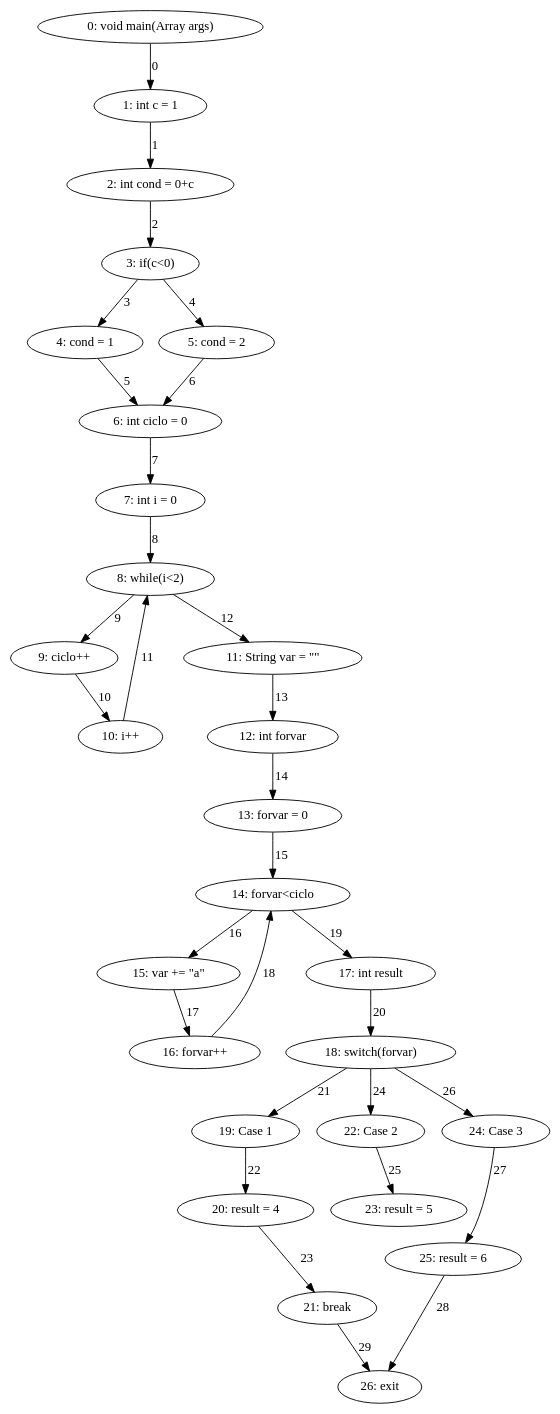
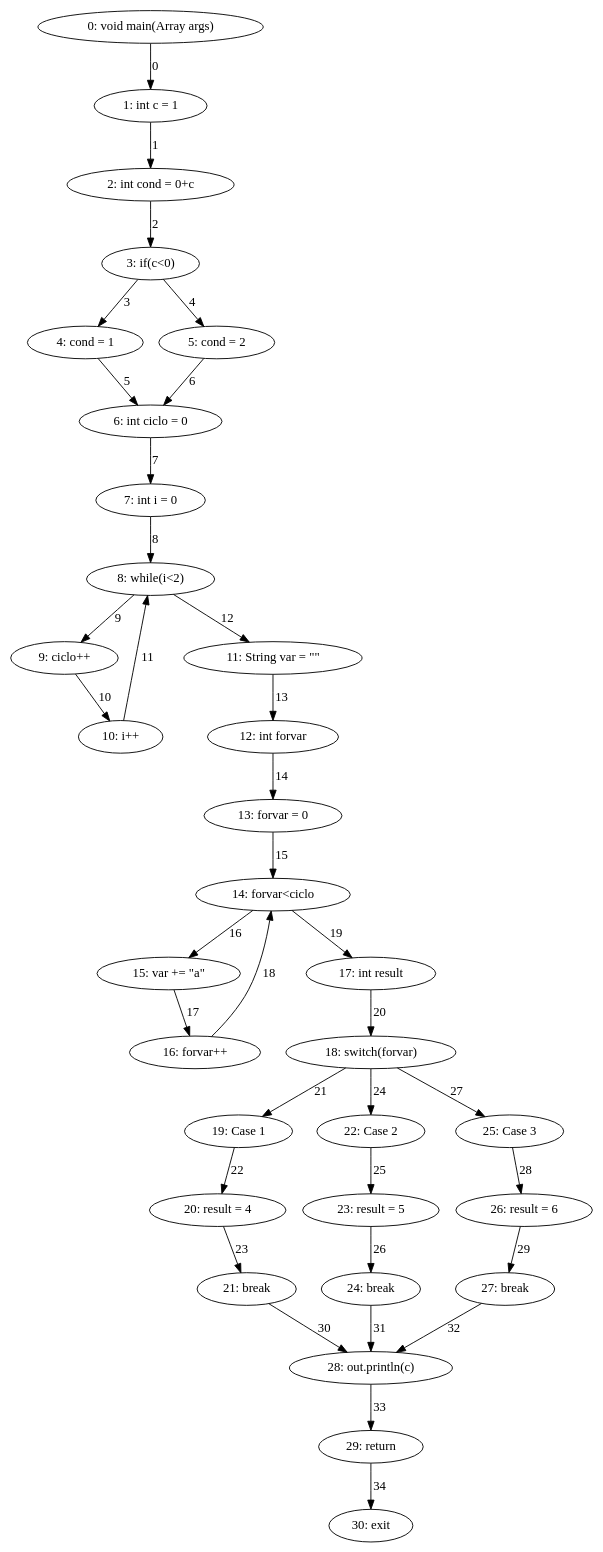
The diagram in export/ast2_cfg.dot (DominguesGM/comp_astanalyze), drawn with Graphviz before and after one commit. The commit also changed 20 other files, not shown here.

```diff
--- a/export/ast2_cfg.dot
+++ b/export/ast2_cfg.dot
@@ -1,59 +1,68 @@
 digraph G {
   1 [ label="0: void main(Array args)" ];
   2 [ label="1: int c = 1" ];
   3 [ label="2: int cond = 0+c" ];
   4 [ label="3: if(c<0)" ];
   5 [ label="4: cond = 1" ];
   6 [ label="5: cond = 2" ];
   7 [ label="6: int ciclo = 0" ];
   8 [ label="7: int i = 0" ];
   9 [ label="8: while(i<2)" ];
   10 [ label="9: ciclo++" ];
   11 [ label="10: i++" ];
   12 [ label="11: String var = \"\"" ];
   13 [ label="12: int forvar" ];
   14 [ label="13: forvar = 0" ];
   15 [ label="14: forvar<ciclo" ];
   16 [ label="15: var += \"a\"" ];
   17 [ label="16: forvar++" ];
   18 [ label="17: int result" ];
   19 [ label="18: switch(forvar)" ];
   20 [ label="19: Case 1" ];
   21 [ label="20: result = 4" ];
   22 [ label="21: break" ];
   23 [ label="22: Case 2" ];
   24 [ label="23: result = 5" ];
-  25 [ label="24: Case 3" ];
-  26 [ label="25: result = 6" ];
-  27 [ label="26: exit" ];
+  25 [ label="24: break" ];
+  26 [ label="25: Case 3" ];
+  27 [ label="26: result = 6" ];
+  28 [ label="27: break" ];
+  29 [ label="28: out.println(c)" ];
+  30 [ label="29: return" ];
+  31 [ label="30: exit" ];
   1 -> 2 [ label="0" ];
   2 -> 3 [ label="1" ];
   3 -> 4 [ label="2" ];
   4 -> 5 [ label="3" ];
   4 -> 6 [ label="4" ];
   5 -> 7 [ label="5" ];
   6 -> 7 [ label="6" ];
   7 -> 8 [ label="7" ];
   8 -> 9 [ label="8" ];
   9 -> 10 [ label="9" ];
   10 -> 11 [ label="10" ];
   11 -> 9 [ label="11" ];
   9 -> 12 [ label="12" ];
   12 -> 13 [ label="13" ];
   13 -> 14 [ label="14" ];
   14 -> 15 [ label="15" ];
   15 -> 16 [ label="16" ];
   16 -> 17 [ label="17" ];
   17 -> 15 [ label="18" ];
   15 -> 18 [ label="19" ];
   18 -> 19 [ label="20" ];
   19 -> 20 [ label="21" ];
   20 -> 21 [ label="22" ];
   21 -> 22 [ label="23" ];
   19 -> 23 [ label="24" ];
   23 -> 24 [ label="25" ];
-  19 -> 25 [ label="26" ];
-  25 -> 26 [ label="27" ];
+  24 -> 25 [ label="26" ];
+  19 -> 26 [ label="27" ];
   26 -> 27 [ label="28" ];
-  22 -> 27 [ label="29" ];
+  27 -> 28 [ label="29" ];
+  22 -> 29 [ label="30" ];
+  25 -> 29 [ label="31" ];
+  28 -> 29 [ label="32" ];
+  29 -> 30 [ label="33" ];
+  30 -> 31 [ label="34" ];
 }
```
